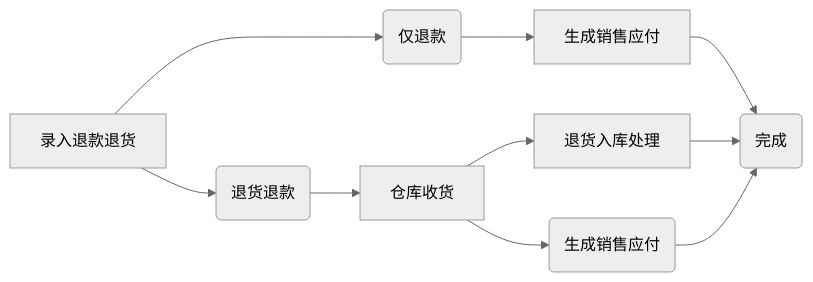
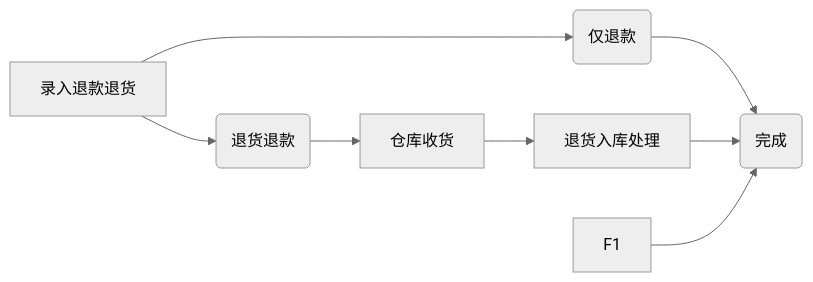
One commit to zeasin/qihangerp changed the fifth of 6 diagrams in README.md. Above: the diagram before and after it, drawn with Mermaid (neutral theme). The commit also changed other lines of this file and 1 other file, not shown here.

````diff
--- a/README.md
+++ b/README.md
@@ -125,12 +129,10 @@
 ```mermaid
 graph LR
 A[录入退款退货] -->B(仅退款)
-    B --> C[生成销售应付]
+    B --> H
     A --> D(退货退款)
     D --> E[仓库收货]
-    E --> F1(生成销售应付)
     E --> F[退货入库处理]
-    C --> H
     F --> H
     F1 --> H(完成)
 ```
````
